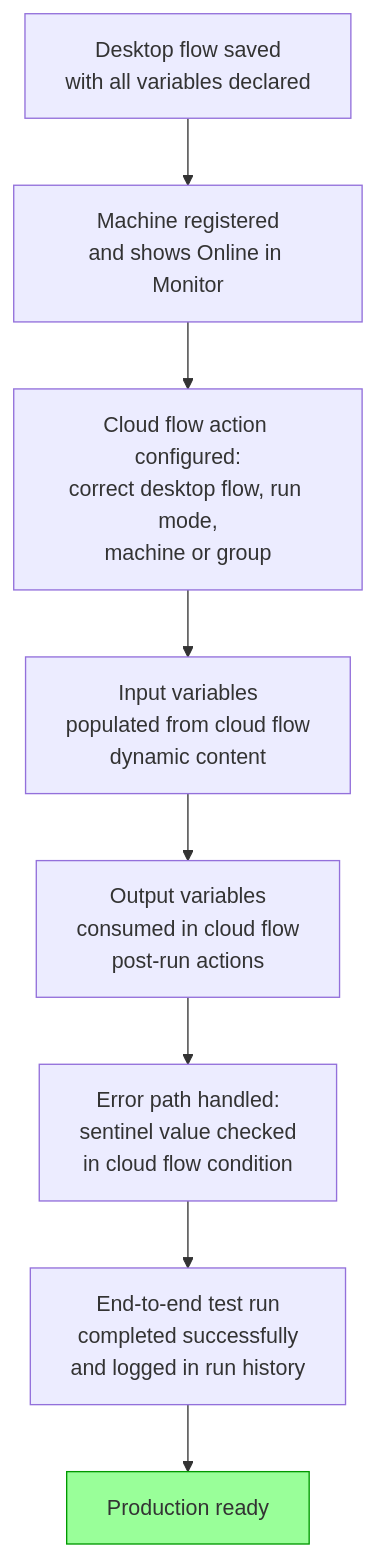
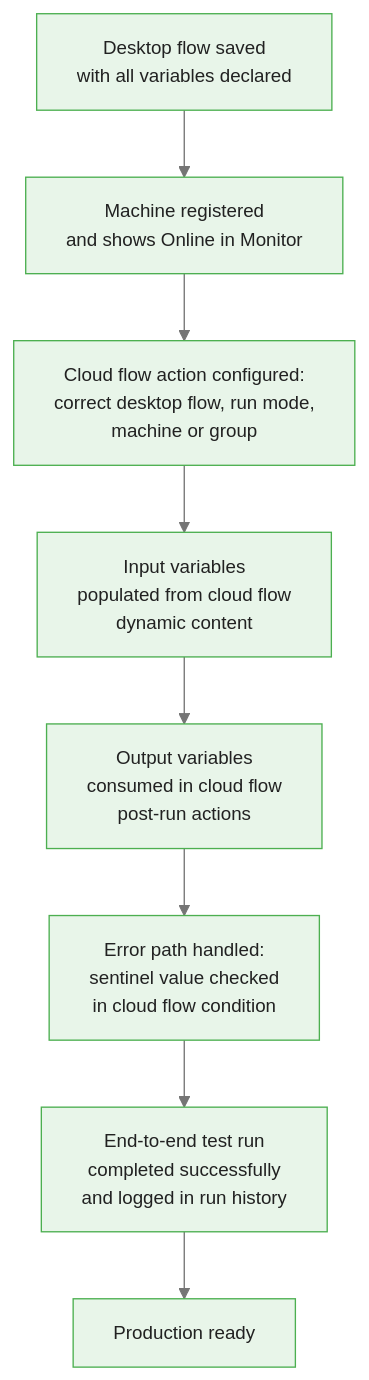
Diagram 11 of 11 in courses/power-automate/modules/module_07_desktop_flows_rpa/guides/02_cloud_desktop_integration_slides.md (m-deane/course-creator), drawn with Mermaid before and after one commit. The commit also changed other lines of this file and 72 other files, not shown here.

````diff
--- a/courses/power-automate/modules/module_07_desktop_flows_rpa/guides/02_cloud_desktop_integration_slides.md
+++ b/courses/power-automate/modules/module_07_desktop_flows_rpa/guides/02_cloud_desktop_integration_slides.md
@@ -336,12 +356,12 @@
 ```mermaid
+%%{init: {"theme": "base", "themeVariables": {"primaryColor": "#e8f5e9", "primaryBorderColor": "#4caf50", "primaryTextColor": "#212121", "secondaryColor": "#e3f2fd", "tertiaryColor": "#fff8e1", "lineColor": "#757575", "fontFamily": "Inter, sans-serif", "fontSize": "14px"}}}%%
 graph TD
     C1["Desktop flow saved\nwith all variables declared"] --> C2
     C2["Machine registered\nand shows Online in Monitor"] --> C3
     C3["Cloud flow action configured:\ncorrect desktop flow, run mode,\nmachine or group"] --> C4
     C4["Input variables\npopulated from cloud flow\ndynamic content"] --> C5
     C5["Output variables\nconsumed in cloud flow\npost-run actions"] --> C6
     C6["Error path handled:\nsentinel value checked\nin cloud flow condition"] --> C7
     C7["End-to-end test run\ncompleted successfully\nand logged in run history"] --> DONE["Production ready"]
 
-    style DONE fill:#9f9,stroke:#090
 ```
````
